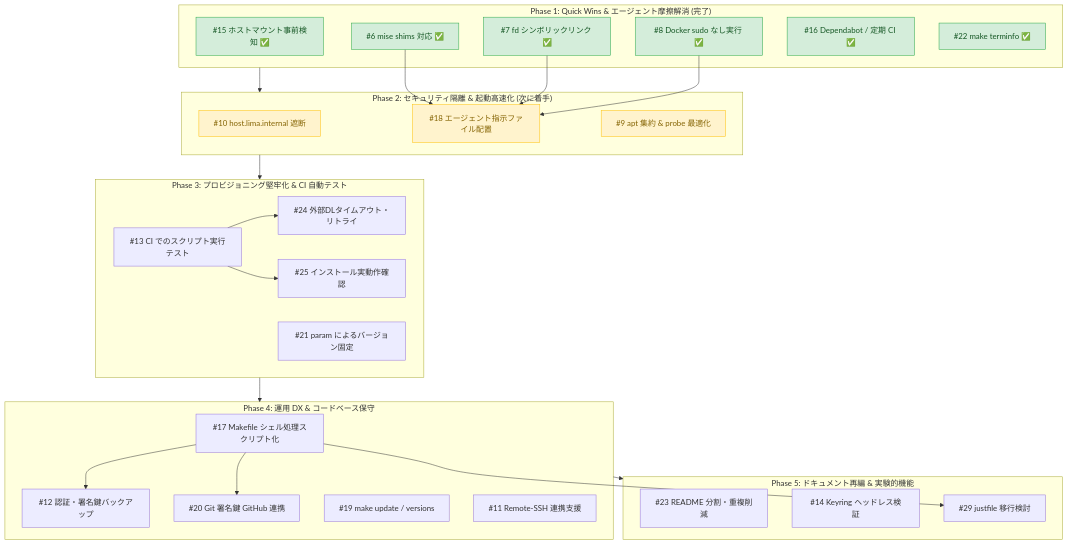
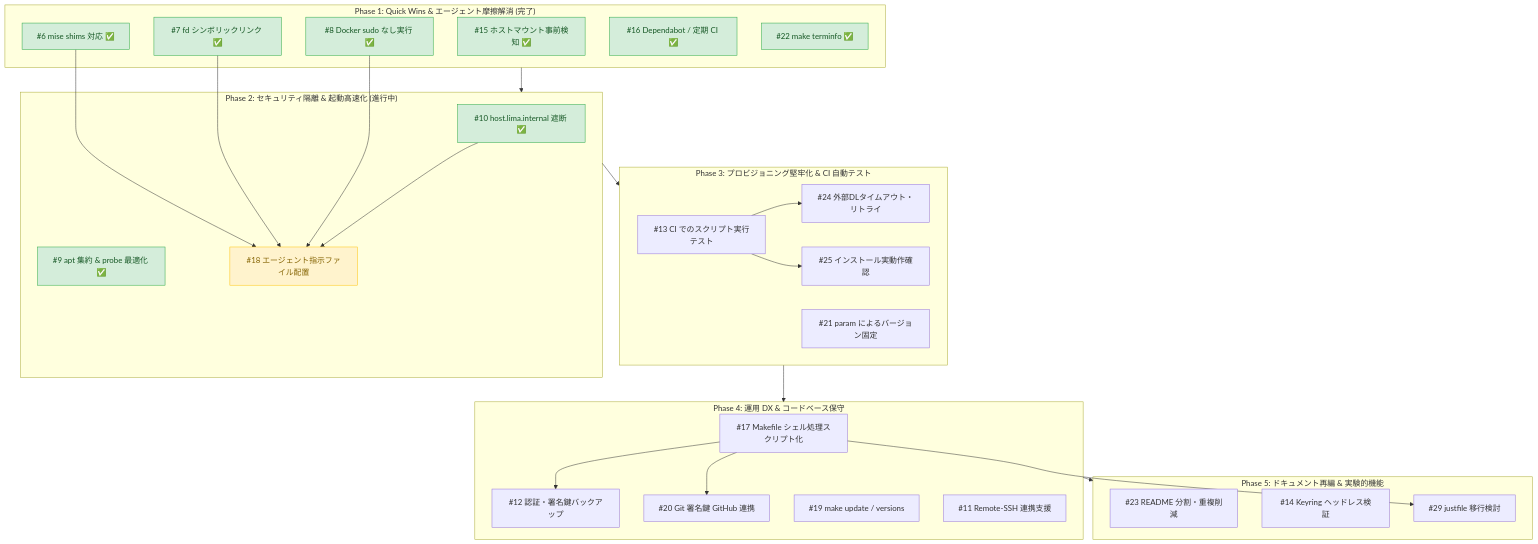
One commit to ikuy1203/lima-coding-sandbox changed the diagram in docs/issue-prioritization.md. Above: the diagram before and after it, drawn with Mermaid. The commit also changed other lines of this file, not shown here.

Commit message:
docs: update issue prioritization roadmap with #9 and #10 completion

````diff
--- a/docs/issue-prioritization.md
+++ b/docs/issue-prioritization.md
@@ -84,56 +86,57 @@
 ```mermaid
 flowchart TD
     subgraph Phase1["Phase 1: Quick Wins & エージェント摩擦解消 (完了)"]
         I15["#15 ホストマウント事前検知 ✅"]
         I7["#7 fd シンボリックリンク ✅"]
         I8["#8 Docker sudo なし実行 ✅"]
         I6["#6 mise shims 対応 ✅"]
         I16["#16 Dependabot / 定期 CI ✅"]
         I22["#22 make terminfo ✅"]
     end
 
-    subgraph Phase2["Phase 2: セキュリティ隔離 & 起動高速化 (次に着手)"]
-        I10["#10 host.lima.internal 遮断"]
+    subgraph Phase2["Phase 2: セキュリティ隔離 & 起動高速化 (進行中)"]
+        I10["#10 host.lima.internal 遮断 ✅"]
+        I9["#9 apt 集約 & probe 最適化 ✅"]
         I18["#18 エージェント指示ファイル配置"]
-        I9["#9 apt 集約 & probe 最適化"]
     end
 
     subgraph Phase3["Phase 3: プロビジョニング堅牢化 & CI 自動テスト"]
         I13["#13 CI でのスクリプト実行テスト"]
         I24["#24 外部DLタイムアウト・リトライ"]
         I25["#25 インストール実動作確認"]
         I21["#21 param によるバージョン固定"]
     end
 
     subgraph Phase4["Phase 4: 運用 DX & コードベース保守"]
         I17["#17 Makefile シェル処理スクリプト化"]
         I12["#12 認証・署名鍵バックアップ"]
         I20["#20 Git 署名鍵 GitHub 連携"]
         I19["#19 make update / versions"]
         I11["#11 Remote-SSH 連携支援"]
     end
 
     subgraph Phase5["Phase 5: ドキュメント再編 & 実験的機能"]
         I23["#23 README 分割・重複削減"]
         I14["#14 Keyring ヘッドレス検証"]
         I29["#29 justfile 移行検討"]
     end
 
     Phase1 --> Phase2
     Phase2 --> Phase3
     Phase3 --> Phase4
     Phase4 --> Phase5
     I6 --> I18
     I7 --> I18
     I8 --> I18
+    I10 --> I18
     I13 --> I24
     I13 --> I25
     I17 --> I12
     I17 --> I20
     I17 --> I29
 
     classDef done fill:#d4edda,stroke:#28a745,color:#155724
     classDef next fill:#fff3cd,stroke:#ffc107,color:#856404
-    class I15,I7,I8,I6,I16,I22 done
-    class I10,I18,I9 next
+    class I15,I7,I8,I6,I16,I22,I10,I9 done
+    class I18 next
 ```
````
